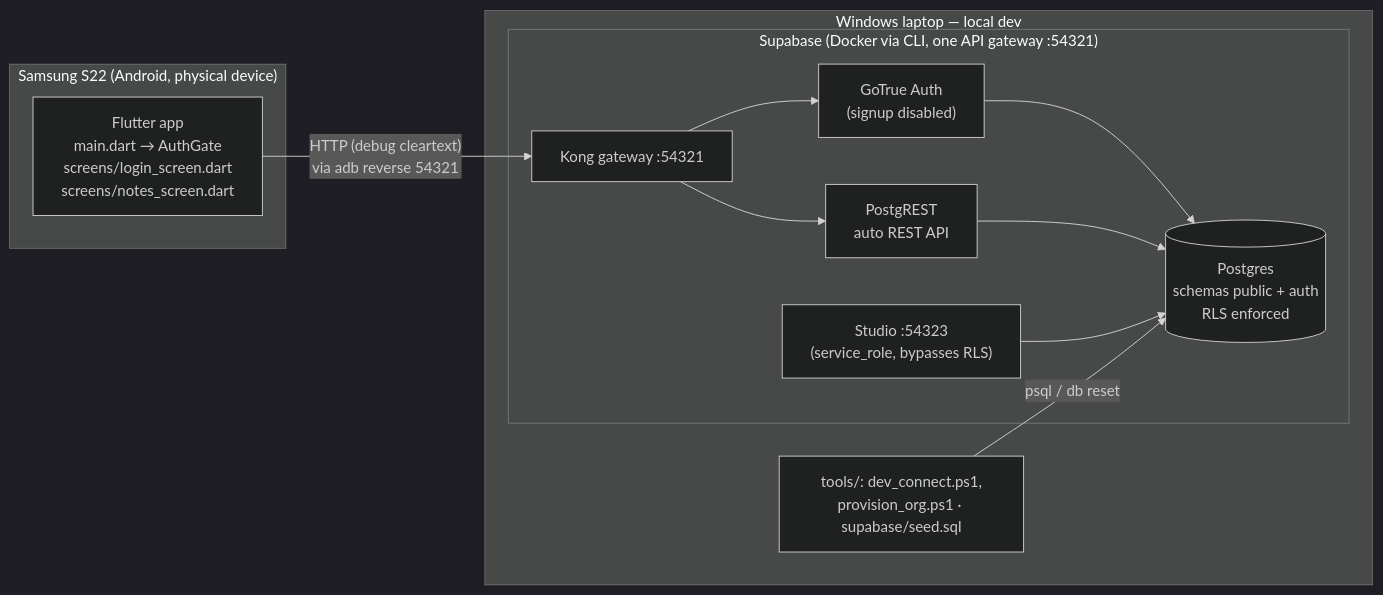
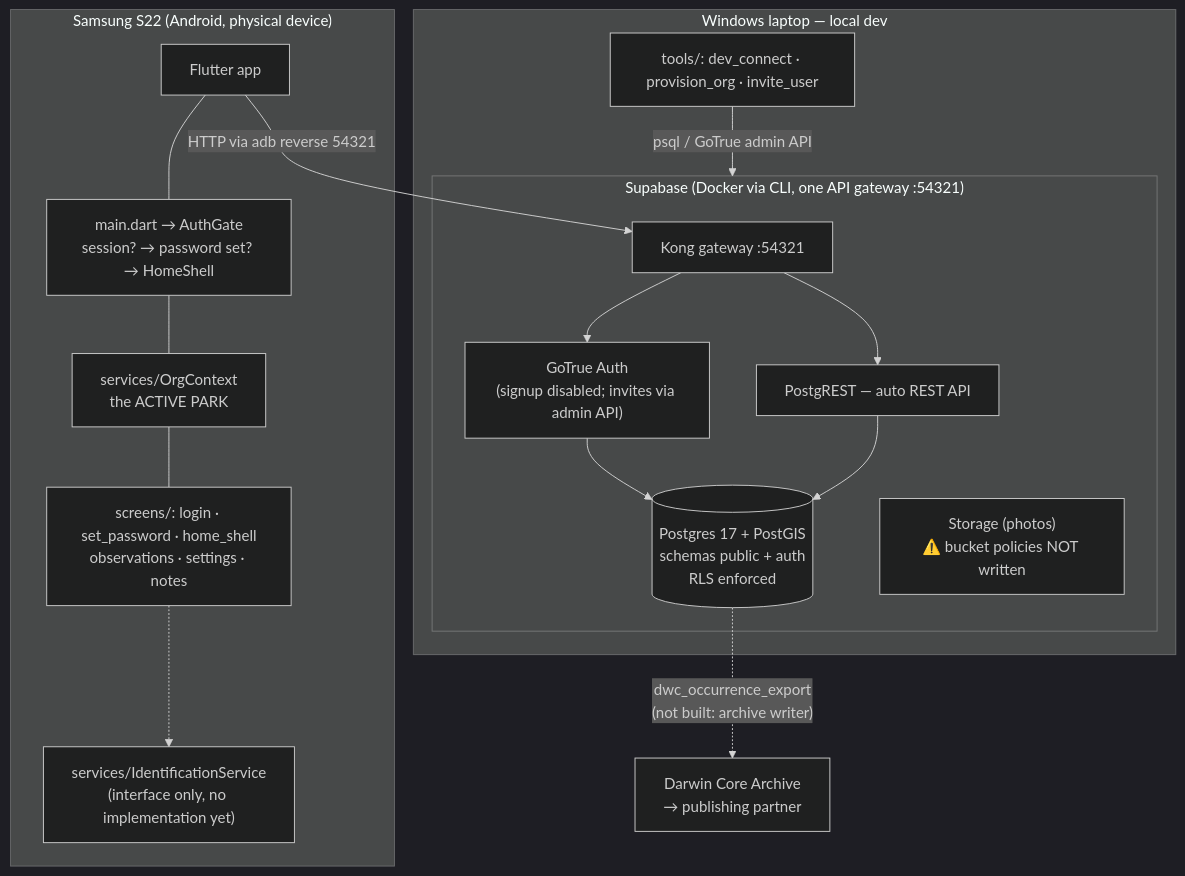
Before and after one commit to wygol/conservation_app_master_thesis: the diagram in docs/architecture.md, drawn with Mermaid (dark theme). The commit also changed other lines of this file and 30 other files, not shown here.

Commit message:
adding records tab and basic workflow of form. adding test roles and seed for database reset. adding multiple test users with admin and expert roles

````diff
--- a/docs/architecture.md
+++ b/docs/architecture.md
@@ -9,25 +14,32 @@
 ```mermaid
-flowchart LR
+flowchart TB
     subgraph PHONE["Samsung S22 (Android, physical device)"]
-        APP["Flutter app<br/>main.dart → AuthGate<br/>screens/login_screen.dart<br/>screens/notes_screen.dart"]
+        APP["Flutter app"]
+        AG["main.dart → AuthGate<br/>session? → password set? → HomeShell"]
+        OC["services/OrgContext<br/>the ACTIVE PARK"]
+        IS["services/IdentificationService<br/>(interface only, no implementation yet)"]
+        SC["screens/: login · set_password · home_shell<br/>observations · settings · notes"]
+        APP --- AG --- OC --- SC
+        SC -.-> IS
     end
 
     subgraph LAPTOP["Windows laptop — local dev"]
         subgraph SUPA["Supabase (Docker via CLI, one API gateway :54321)"]
             KONG["Kong gateway :54321"]
-            GOTRUE["GoTrue Auth<br/>(signup disabled)"]
-            REST["PostgREST<br/>auto REST API"]
-            PG[("Postgres<br/>schemas public + auth<br/>RLS enforced")]
-            STUDIO["Studio :54323<br/>(service_role, bypasses RLS)"]
+            GOTRUE["GoTrue Auth<br/>(signup disabled; invites via admin API)"]
+            REST["PostgREST — auto REST API"]
+            PG[("Postgres 17 + PostGIS<br/>schemas public + auth<br/>RLS enforced")]
+            ST["Storage (photos)<br/>⚠️ bucket policies NOT written"]
         end
-        TOOLS["tools/: dev_connect.ps1,<br/>provision_org.ps1 · supabase/seed.sql"]
+        TOOLS["tools/: dev_connect · provision_org · invite_user"]
     end
 
-    APP -- "HTTP (debug cleartext)<br/>via adb reverse 54321" --> KONG
+    APP -- "HTTP via adb reverse 54321" --> KONG
     KONG --> GOTRUE
     KONG --> REST
     GOTRUE --> PG
     REST --> PG
-    STUDIO --> PG
-    TOOLS -- "psql / db reset" --> PG
+    TOOLS -- "psql / GoTrue admin API" --> SUPA
+
+    PG -.->|"dwc_occurrence_export<br/>(not built: archive writer)"| GBIF["Darwin Core Archive<br/>→ publishing partner"]
 ```
````
